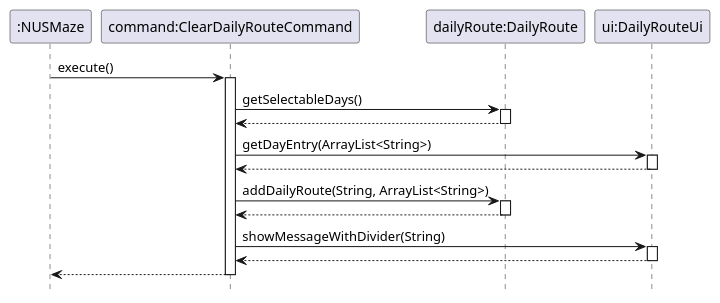
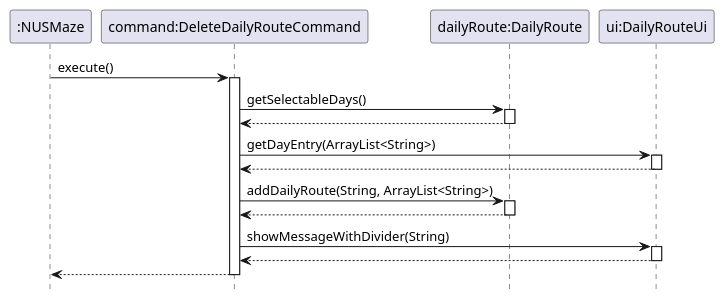
The diagram in docs/puml/clearday.puml (nus-cs2113-AY2021S2/tp), drawn with PlantUML before and after one commit. The commit also changed 9 other files, not shown here.

Commit message:
Edited DG ro reflect updated daily route commands. Edited daily route commands to follow delete command keyword Edited Ui prompt to follow standard casing

```diff
--- a/docs/puml/clearday.puml
+++ b/docs/puml/clearday.puml
@@ -1,25 +1,25 @@
 @startuml
 hide footbox
 
 participant ":NUSMaze"
-":NUSMaze" -> "command:ClearDailyRouteCommand" : execute()
-activate "command:ClearDailyRouteCommand"
-"command:ClearDailyRouteCommand" -> "dailyRoute:DailyRoute" : getSelectableDays()
+":NUSMaze" -> "command:DeleteDailyRouteCommand" : execute()
+activate "command:DeleteDailyRouteCommand"
+"command:DeleteDailyRouteCommand" -> "dailyRoute:DailyRoute" : getSelectableDays()
 activate "dailyRoute:DailyRoute"
 return
 deactivate "dailyRoute:DailyRoute"
-"command:ClearDailyRouteCommand" -> "ui:DailyRouteUi" : getDayEntry(ArrayList<String>)
+"command:DeleteDailyRouteCommand" -> "ui:DailyRouteUi" : getDayEntry(ArrayList<String>)
 activate "ui:DailyRouteUi"
 return
 deactivate "ui:DailyRouteUi"
-"command:ClearDailyRouteCommand" -> "dailyRoute:DailyRoute" : addDailyRoute(String, ArrayList<String>)
+"command:DeleteDailyRouteCommand" -> "dailyRoute:DailyRoute" : addDailyRoute(String, ArrayList<String>)
 activate "dailyRoute:DailyRoute"
-"dailyRoute:DailyRoute" --> "command:ClearDailyRouteCommand"
+"dailyRoute:DailyRoute" --> "command:DeleteDailyRouteCommand"
 deactivate "dailyRoute:DailyRoute"
-"command:ClearDailyRouteCommand" -> "ui:DailyRouteUi": showMessageWithDivider(String)
+"command:DeleteDailyRouteCommand" -> "ui:DailyRouteUi": showMessageWithDivider(String)
 activate "ui:DailyRouteUi"
 return
 deactivate "ui:DailyRouteUi"
-"command:ClearDailyRouteCommand" --> ":NUSMaze"
-deactivate "command:ClearDailyRouteCommand"
+"command:DeleteDailyRouteCommand" --> ":NUSMaze"
+deactivate "command:DeleteDailyRouteCommand"
 @enduml
```
